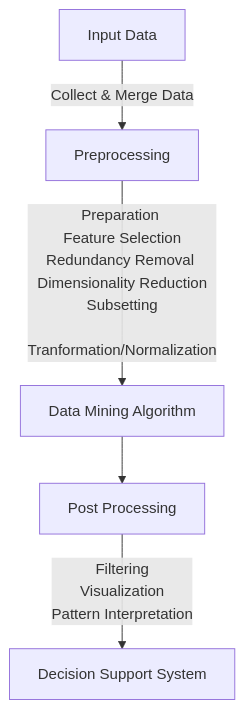
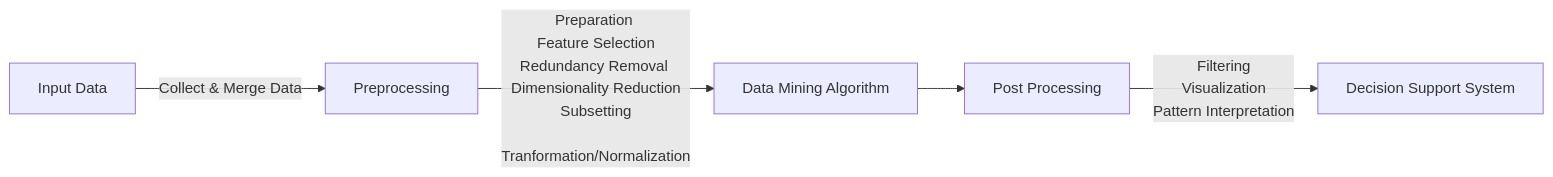
Before and after one commit to uni-notes/uni-notes: the diagram in docs/CS_Electives/Data_Mining/01_Intro.md, drawn with Mermaid. The commit also changed 12 other files, not shown here.

First line of the commit message:
Setting flowchart directions to LR, wherever possible

````diff
--- a/docs/CS_Electives/Data_Mining/01_Intro.md
+++ b/docs/CS_Electives/Data_Mining/01_Intro.md
@@ -13,9 +13,9 @@
 ```mermaid
-flowchart TB
+flowchart LR
 
 id[Input Data] -->
 |Collect & Merge Data| Preprocessing -->
 |Preparation <br /> Feature Selection <br />Redundancy Removal <br /> Dimensionality Reduction <br /> Subsetting <br /> Tranformation/Normalization| dma[Data Mining Algorithm] -->
 pp[Post Processing] -->
 |Filtering <br /> Visualization <br /> Pattern Interpretation| dss[Decision Support System]
 ```
````
